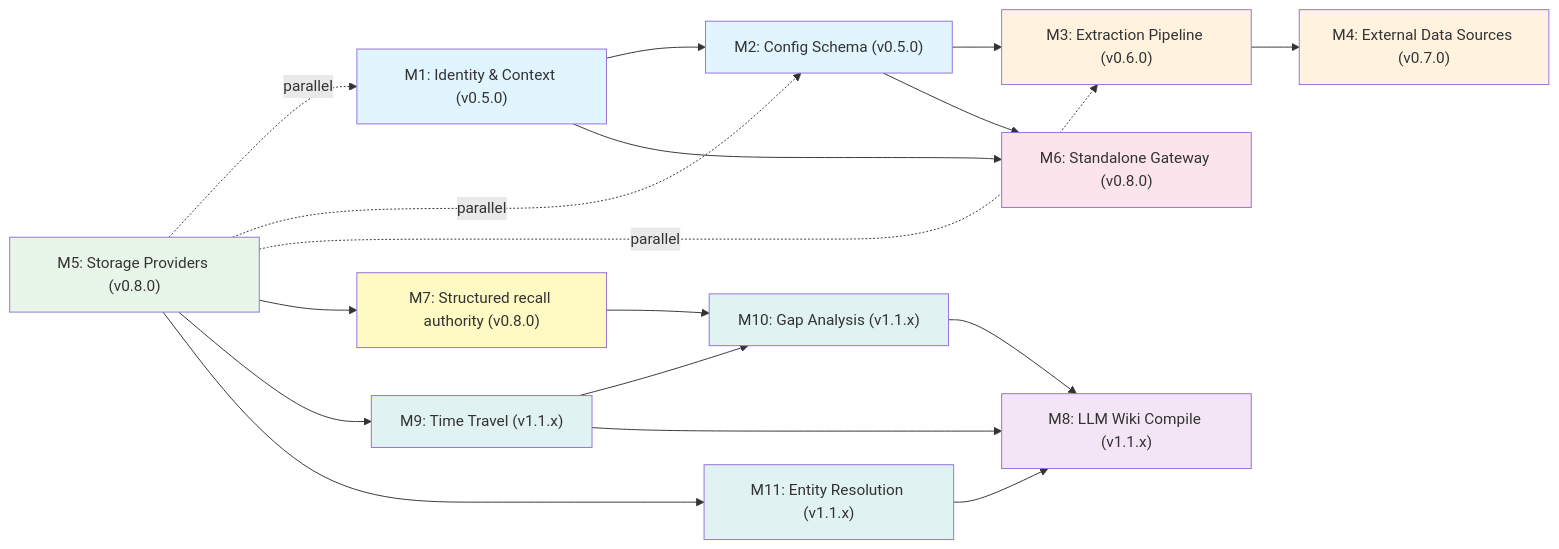
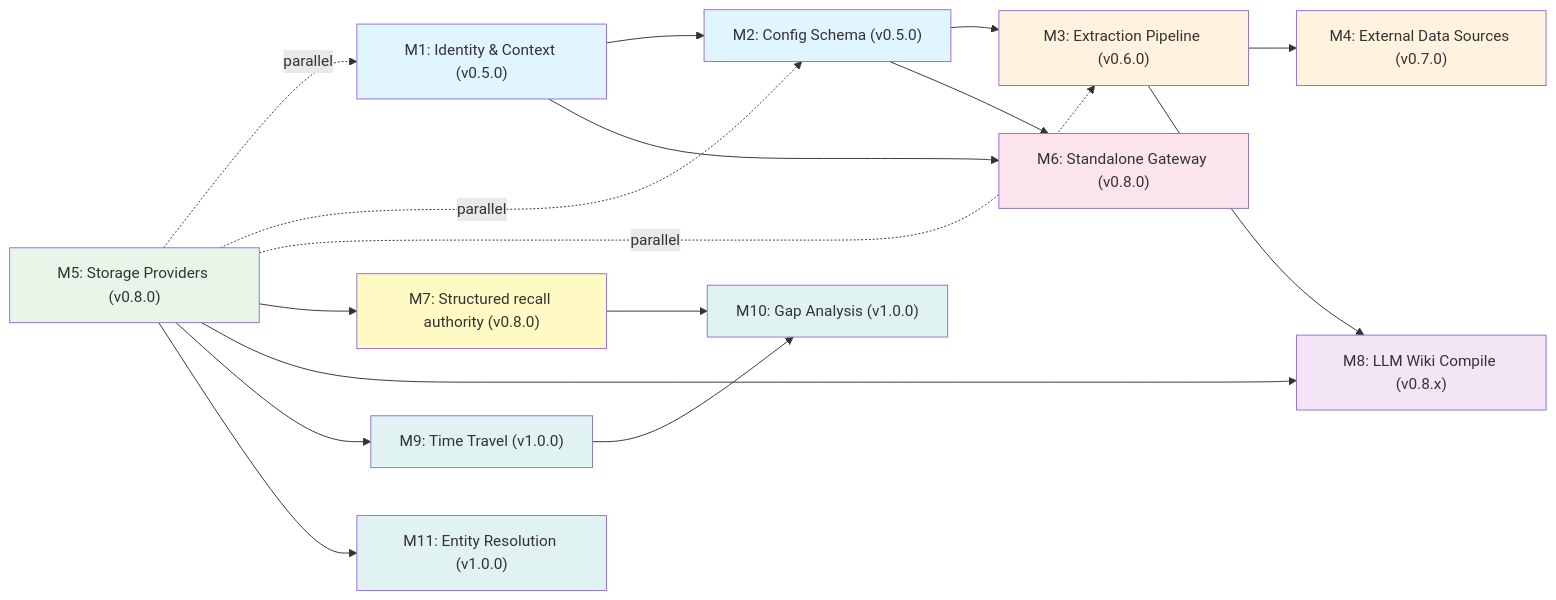
The diagram in docs/_design/product-roadmap.md (AstrocyteAI/astrocyte), drawn with Mermaid before and after one commit. The commit also changed other lines of this file and 4 other files, not shown here.

````diff
--- a/docs/_design/product-roadmap.md
+++ b/docs/_design/product-roadmap.md
@@ -436,31 +438,30 @@
 ```mermaid
 graph LR
     M1["M1: Identity & Context (v0.5.0)"] --> M2["M2: Config Schema (v0.5.0)"]
     M2 --> M3["M3: Extraction Pipeline (v0.6.0)"]
     M2 --> M6["M6: Standalone Gateway (v0.8.0)"]
     M3 --> M4["M4: External Data Sources (v0.7.0)"]
     M1 --> M6
     M5["M5: Storage Providers (v0.8.0)"] -.->|parallel| M1
     M5 -.->|parallel| M2
     M5 -.->|parallel| M3
     M5 --> M7["M7: Structured recall authority (v0.8.0)"]
-    M5 --> M9["M9: Time Travel (v1.1.x)"]
-    M7 --> M10["M10: Gap Analysis (v1.1.x)"]
+    M3 --> M8["M8: LLM Wiki Compile (v0.8.x)"]
+    M5 --> M8
+    M5 --> M9["M9: Time Travel (v1.0.0)"]
+    M7 --> M10["M10: Gap Analysis (v1.0.0)"]
     M9 --> M10
-    M5 --> M11["M11: Entity Resolution (v1.1.x)"]
-    M9 --> M8["M8: LLM Wiki Compile (v1.1.x)"]
-    M10 --> M8
-    M11 --> M8
+    M5 --> M11["M11: Entity Resolution (v1.0.0)"]
 
     style M1 fill:#e1f5fe
     style M2 fill:#e1f5fe
     style M3 fill:#fff3e0
     style M4 fill:#fff3e0
     style M5 fill:#e8f5e9
     style M6 fill:#fce4ec
     style M7 fill:#fff9c4
     style M8 fill:#f3e5f5
     style M9 fill:#e0f2f1
     style M10 fill:#e0f2f1
     style M11 fill:#e0f2f1
 ```
````
